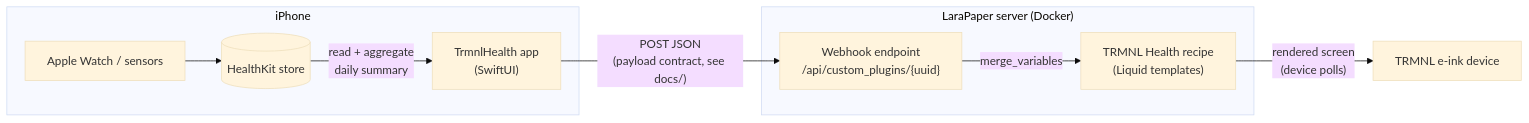
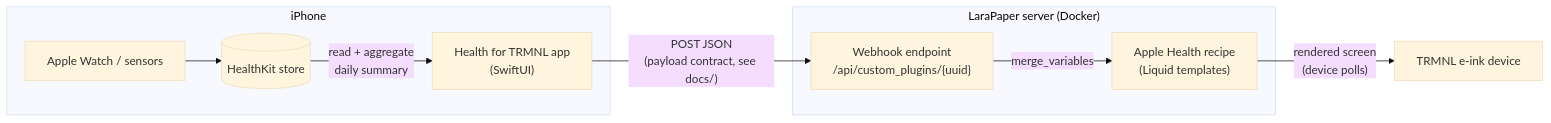
The diagram in README.md (jooooosef/trmnlhealth), drawn with Mermaid (base theme) before and after one commit. The commit also changed other lines of this file and 1 other file, not shown here.

````diff
--- a/README.md
+++ b/README.md
@@ -18,16 +18,16 @@
 ```mermaid
 flowchart LR
     subgraph phone["iPhone"]
         AW["Apple Watch / sensors"] --> HK[("HealthKit store")]
-        HK -->|"read + aggregate<br/>daily summary"| APP["TrmnlHealth app<br/>(SwiftUI)"]
+        HK -->|"read + aggregate<br/>daily summary"| APP["Health for TRMNL app<br/>(SwiftUI)"]
     end
 
     subgraph server["LaraPaper server (Docker)"]
         WH["Webhook endpoint<br/>/api/custom_plugins/{uuid}"]
-        RECIPE["TRMNL Health recipe<br/>(Liquid templates)"]
+        RECIPE["Apple Health recipe<br/>(Liquid templates)"]
         WH -->|"merge_variables"| RECIPE
     end
 
     APP -->|"POST JSON<br/>(payload contract, see docs/)"| WH
     RECIPE -->|"rendered screen<br/>(device polls)"| DEV["TRMNL e-ink device"]
 ```
````
